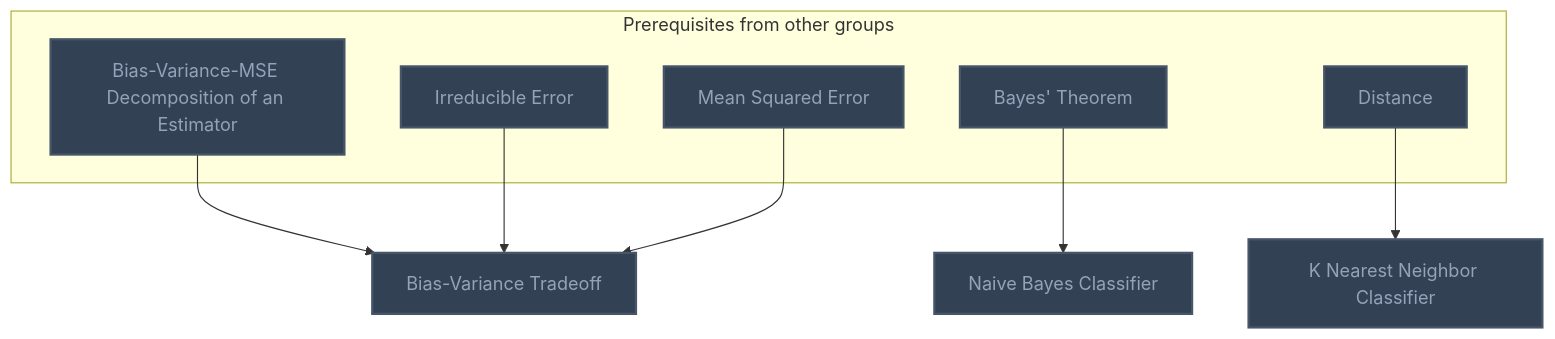
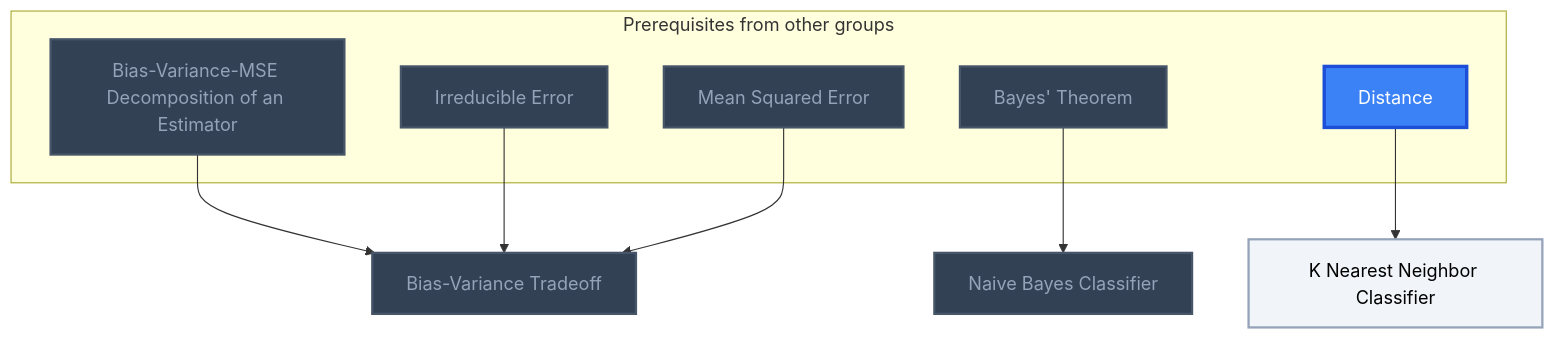
Before and after one commit to MRauf1/My-Notes: the second of 4 diagrams in Gamification/Skill Trees/Statistical Learning.md, drawn with Mermaid. The commit also changed other lines of this file and 156 other files, not shown here.

````diff
--- a/Gamification/Skill Trees/Statistical Learning.md
+++ b/Gamification/Skill Trees/Statistical Learning.md
@@ -73,29 +74,31 @@
 ```mermaid
 flowchart TD
     classDef planned fill:#1E293B,stroke:#64748B,stroke-width:2px,stroke-dasharray:5 5,color:#94A3B8;
     classDef locked fill:#334155,stroke:#475569,stroke-width:2px,color:#94A3B8;
     classDef L0 fill:#F1F5F9,stroke:#94A3B8,stroke-width:2px,color:#000000;
     classDef L1 fill:#22C55E,stroke:#15803D,stroke-width:2px,color:#000000;
     classDef L2 fill:#3B82F6,stroke:#1D4ED8,stroke-width:3px,color:#FFFFFF;
     classDef L3 fill:#A855F7,stroke:#6B21A8,stroke-width:3px,color:#FFFFFF,font-weight:bold;
     classDef L4 fill:#F97316,stroke:#C2410C,stroke-width:4px,color:#000000,font-weight:bold;
     classDef L5 fill:#FFD700,stroke:#FF8C00,stroke-width:5px,color:#000000,font-weight:bold;
     classDef rusty stroke:#8B4513,stroke-width:4px,stroke-dasharray:3 3;
     subgraph sg_prereqs["Prerequisites from other groups"]
         n_bias_variance_mse_decomposition_of_an_estimator["Bias-Variance-MSE Decomposition of an Estimator"]
         n_irreducible_error["Irreducible Error"]
         n_mean_squared_error["Mean Squared Error"]
         n_bayes_theorem["Bayes' Theorem"]
         n_distance["Distance"]
     end
     n_bias_variance_tradeoff["Bias-Variance Tradeoff"]
     n_naive_bayes_classifier["Naive Bayes Classifier"]
     n_k_nearest_neighbor_classifier["K Nearest Neighbor Classifier"]
     n_bias_variance_mse_decomposition_of_an_estimator --> n_bias_variance_tradeoff
     n_irreducible_error --> n_bias_variance_tradeoff
     n_mean_squared_error --> n_bias_variance_tradeoff
     n_bayes_theorem --> n_naive_bayes_classifier
     n_distance --> n_k_nearest_neighbor_classifier
-    class n_bias_variance_mse_decomposition_of_an_estimator,n_irreducible_error,n_mean_squared_error,n_bayes_theorem,n_distance,n_bias_variance_tradeoff,n_naive_bayes_classifier,n_k_nearest_neighbor_classifier locked;
+    class n_bias_variance_mse_decomposition_of_an_estimator,n_irreducible_error,n_mean_squared_error,n_bayes_theorem,n_bias_variance_tradeoff,n_naive_bayes_classifier locked;
+    class n_k_nearest_neighbor_classifier L0;
+    class n_distance L2;
     class n_bias_variance_mse_decomposition_of_an_estimator,n_irreducible_error,n_mean_squared_error,n_bayes_theorem,n_distance,n_bias_variance_tradeoff,n_naive_bayes_classifier,n_k_nearest_neighbor_classifier internal-link;
 ```
````
